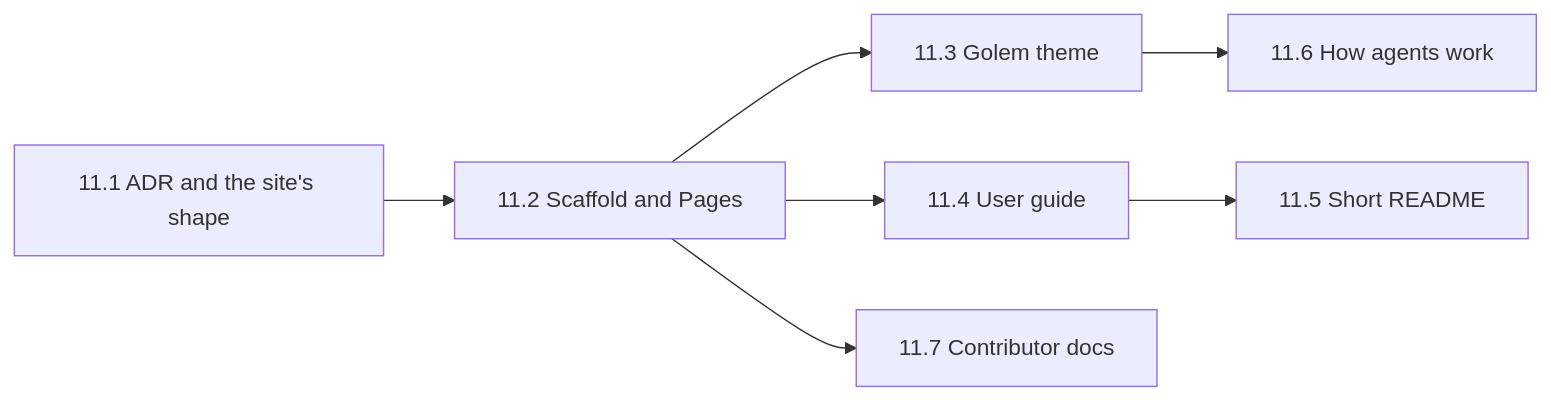
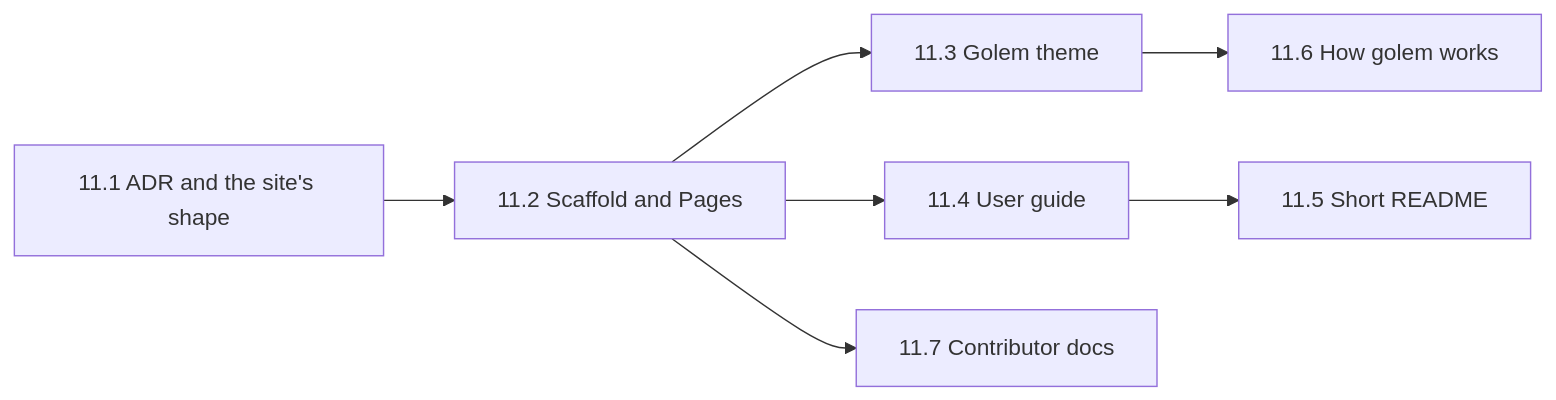
Before and after one commit to MilanPavel/golem: the fifth of 6 diagrams in docs/plan.md, drawn with Mermaid. The commit also changed other lines of this file and 9 other files, not shown here.

Commit message:
docs(plan): How golem works, one chapter per idea, with architecture.md as the overview

````diff
--- a/docs/plan.md
+++ b/docs/plan.md
@@ -402,7 +402,7 @@
 ```mermaid
 flowchart LR
   s1[11.1 ADR and the site's shape] --> s2[11.2 Scaffold and Pages] --> s3[11.3 Golem theme]
   s2 --> s4[11.4 User guide] --> s5[11.5 Short README]
-  s3 --> s6[11.6 How agents work]
+  s3 --> s6[11.6 How golem works]
   s2 --> s7[11.7 Contributor docs]
 ```
````
